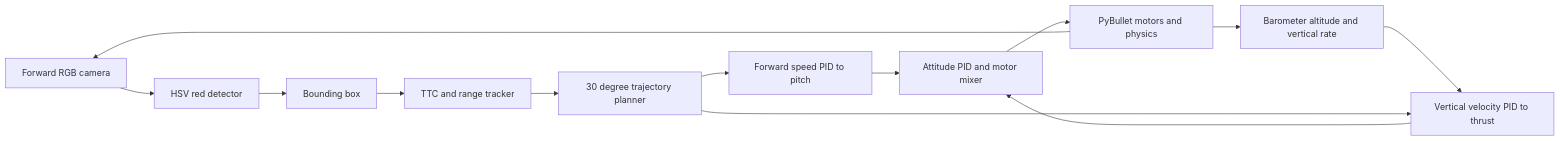
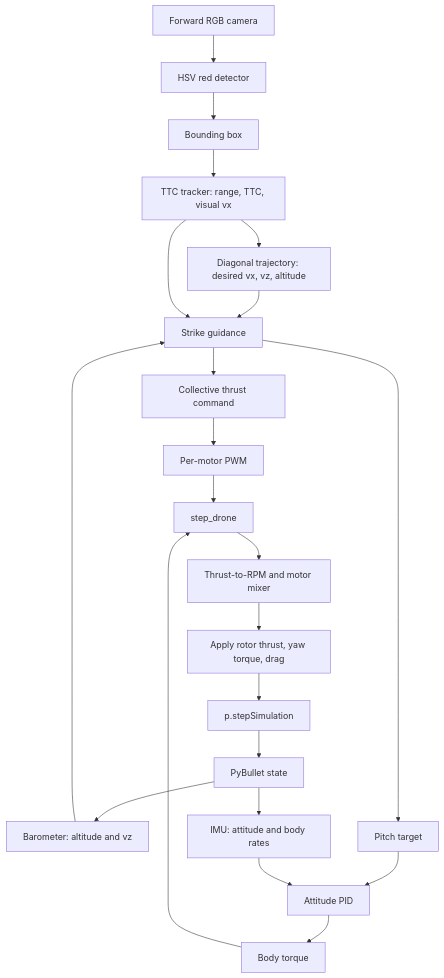
Before and after one commit to amire2000/drone-physics-and-simulation-course: the diagram in design/ttc_bbox_diagonal_strike.md, drawn with Mermaid. The commit also changed other lines of this file and 17 other files, not shown here.

Commit message:
Refactor TTC strike guidance package

````diff
--- a/design/ttc_bbox_diagonal_strike.md
+++ b/design/ttc_bbox_diagonal_strike.md
@@ -44,15 +44,24 @@
 ```mermaid
-flowchart LR
+flowchart TD
     camera[Forward RGB camera] --> hsv[HSV red detector]
     hsv --> bbox[Bounding box]
-    bbox --> ttc[TTC and range tracker]
-    ttc --> path[30 degree trajectory planner]
-    path --> pitch[Forward speed PID to pitch]
-    barometer[Barometer altitude and vertical rate] --> throttle[Vertical velocity PID to thrust]
-    path --> throttle
-    pitch --> mixer[Attitude PID and motor mixer]
-    throttle --> mixer
-    mixer --> physics[PyBullet motors and physics]
-    physics --> camera
-    physics --> barometer
+    bbox --> ttc[TTC tracker: range, TTC, visual vx]
+    ttc --> path[Diagonal trajectory: desired vx, vz, altitude]
+    physics[PyBullet state] --> barometer[Barometer: altitude and vz]
+    physics --> imu[IMU: attitude and body rates]
+    path --> guidance[Strike guidance]
+    ttc --> guidance
+    barometer --> guidance
+    guidance --> collective[Collective thrust command]
+    guidance --> pitch[Pitch target]
+    pitch --> attitude[Attitude PID]
+    imu --> attitude
+    attitude --> torque[Body torque]
+    collective --> pwm[Per-motor PWM]
+    pwm --> step[step_drone]
+    torque --> step
+    step --> mixer[Thrust-to-RPM and motor mixer]
+    mixer --> forces[Apply rotor thrust, yaw torque, drag]
+    forces --> next[p.stepSimulation]
+    next --> physics
 ```
````
